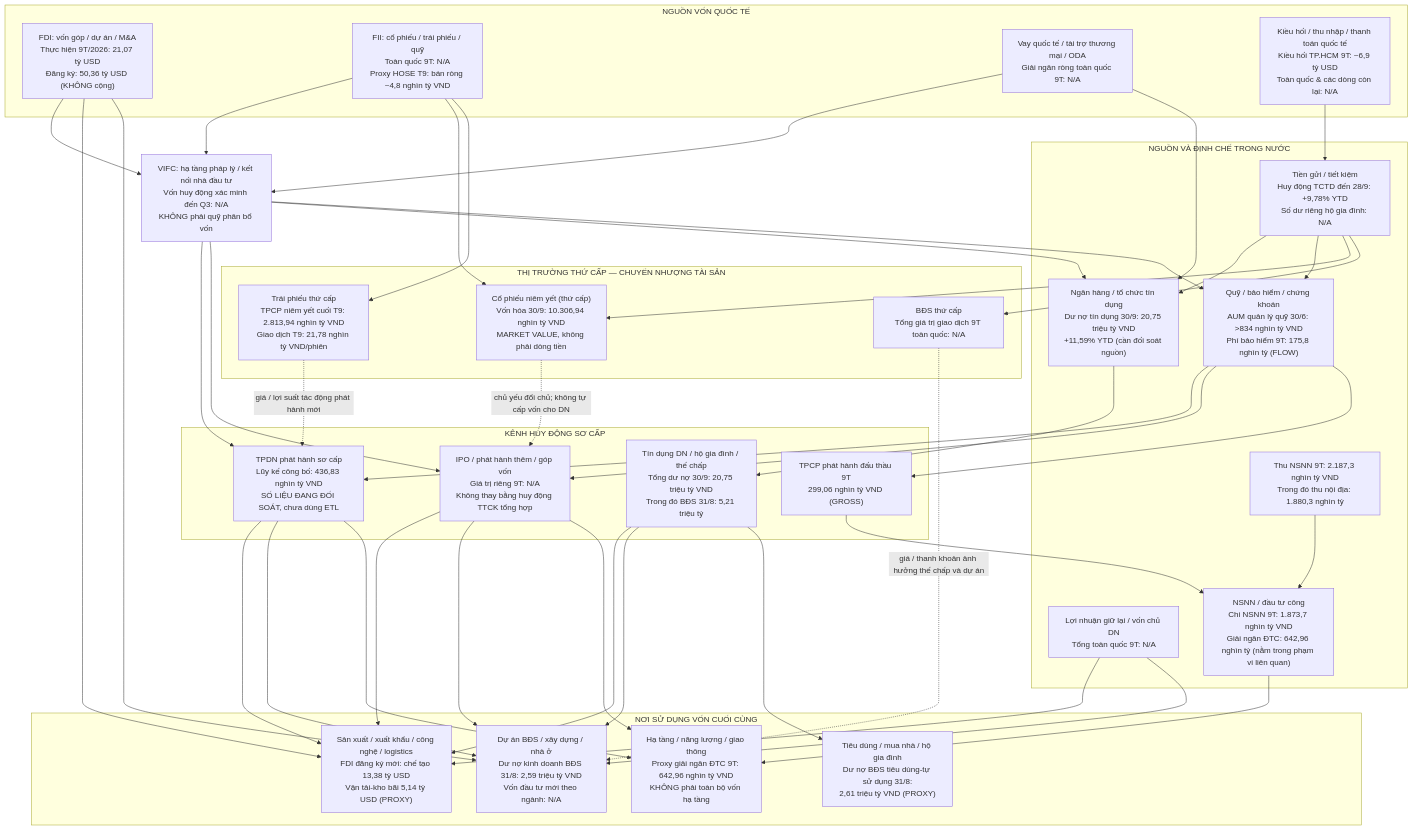
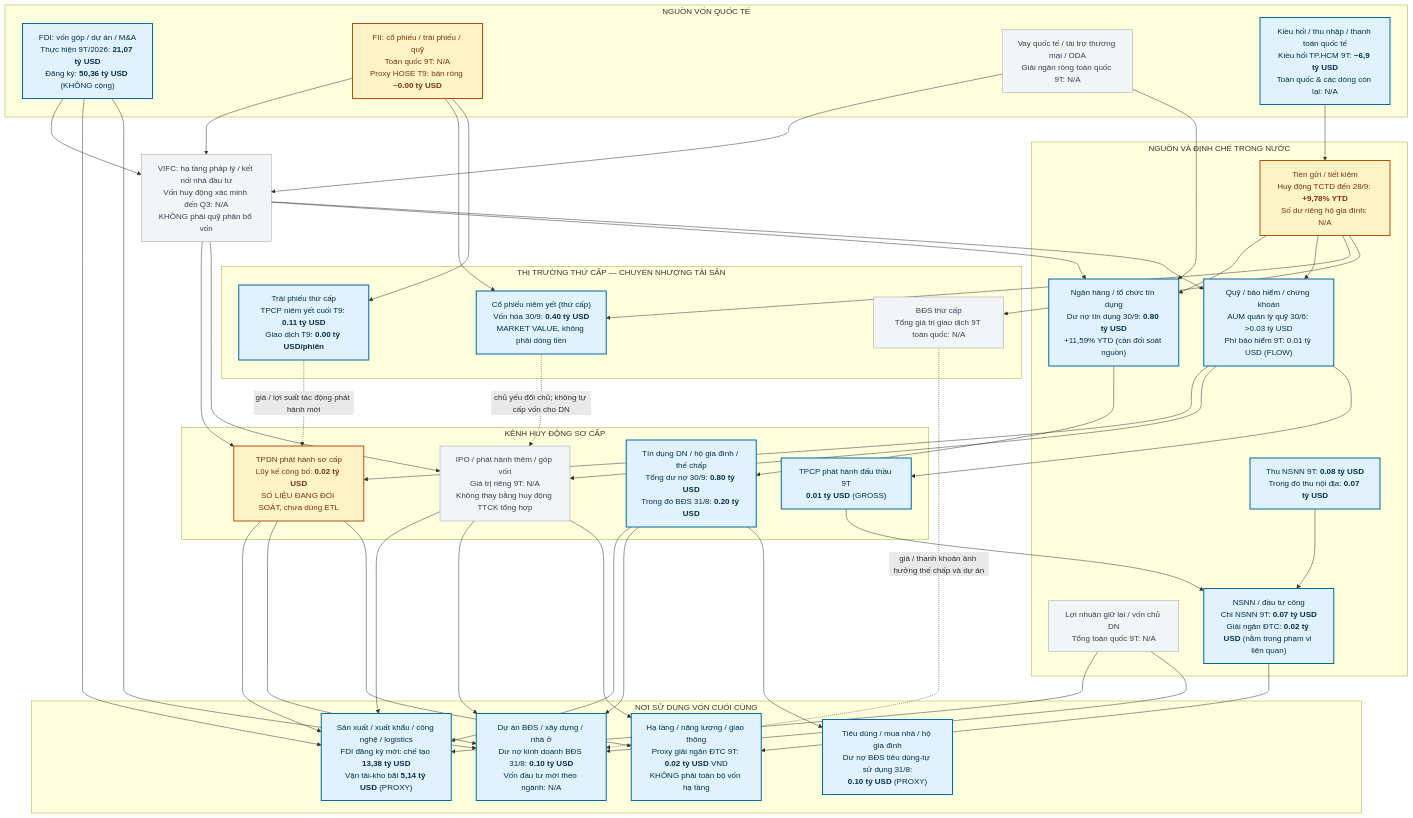
The diagram in docs/topics/Global_Vietnam_Macro/VN_CAPITAL_FLOW_MAP.md (haithanh8x/CherryStock), drawn with Mermaid before and after one commit. The commit also changed other lines of this file, not shown here.

Commit message:
docs(macro): convert capital-flow diagram figures to USD and emphasize quantified nodes

````diff
--- a/docs/topics/Global_Vietnam_Macro/VN_CAPITAL_FLOW_MAP.md
+++ b/docs/topics/Global_Vietnam_Macro/VN_CAPITAL_FLOW_MAP.md
@@ -15,73 +15,80 @@
 ```mermaid
+%% Số tiền quy đổi sang USD theo 1 USD = 25.960 VND (30/09/2026)
 flowchart TB
   subgraph G["NGUỒN VỐN QUỐC TẾ"]
-    FDI["FDI: vốn góp / dự án / M&A<br/>Thực hiện 9T/2026: 21,07 tỷ USD<br/>Đăng ký: 50,36 tỷ USD (KHÔNG cộng)"]
-    FII["FII: cổ phiếu / trái phiếu / quỹ<br/>Toàn quốc 9T: N/A<br/>Proxy HOSE T9: bán ròng ~4,8 nghìn tỷ VND"]
+    FDI["FDI: vốn góp / dự án / M&A<br/>Thực hiện 9T/2026: <b>21,07 tỷ USD</b><br/>Đăng ký: <b>50,36 tỷ USD</b> (KHÔNG cộng)"]
+    FII["FII: cổ phiếu / trái phiếu / quỹ<br/>Toàn quốc 9T: N/A<br/>Proxy HOSE T9: bán ròng <b>~0.00 tỷ USD</b>"]
     LOAN["Vay quốc tế / tài trợ thương mại / ODA<br/>Giải ngân ròng toàn quốc 9T: N/A"]
-    REMIT["Kiều hối / thu nhập / thanh toán quốc tế<br/>Kiều hối TP.HCM 9T: ~6,9 tỷ USD<br/>Toàn quốc & các dòng còn lại: N/A"]
+    REMIT["Kiều hối / thu nhập / thanh toán quốc tế<br/>Kiều hối TP.HCM 9T: <b>~6,9 tỷ USD</b><br/>Toàn quốc & các dòng còn lại: N/A"]
   end
   IFC["VIFC: hạ tầng pháp lý / kết nối nhà đầu tư<br/>Vốn huy động xác minh đến Q3: N/A<br/>KHÔNG phải quỹ phân bổ vốn"]
   subgraph D["NGUỒN VÀ ĐỊNH CHẾ TRONG NƯỚC"]
-    SAVE["Tiền gửi / tiết kiệm<br/>Huy động TCTD đến 28/9: +9,78% YTD<br/>Số dư riêng hộ gia đình: N/A"]
+    SAVE["Tiền gửi / tiết kiệm<br/>Huy động TCTD đến 28/9: <b>+9,78% YTD</b><br/>Số dư riêng hộ gia đình: N/A"]
     RETAIN["Lợi nhuận giữ lại / vốn chủ DN<br/>Tổng toàn quốc 9T: N/A"]
-    TAX["Thu NSNN 9T: 2.187,3 nghìn tỷ VND<br/>Trong đó thu nội địa: 1.880,3 nghìn tỷ"]
-    BANK["Ngân hàng / tổ chức tín dụng<br/>Dư nợ tín dụng 30/9: 20,75 triệu tỷ VND<br/>+11,59% YTD (cần đối soát nguồn)"]
-    FUNDS["Quỹ / bảo hiểm / chứng khoán<br/>AUM quản lý quỹ 30/6: >834 nghìn tỷ VND<br/>Phí bảo hiểm 9T: 175,8 nghìn tỷ (FLOW)"]
-    STATE["NSNN / đầu tư công<br/>Chi NSNN 9T: 1.873,7 nghìn tỷ VND<br/>Giải ngân ĐTC: 642,96 nghìn tỷ (nằm trong phạm vi liên quan)"]
+    TAX["Thu NSNN 9T: <b>0.08 tỷ USD</b><br/>Trong đó thu nội địa: <b>0.07 tỷ USD</b>"]
+    BANK["Ngân hàng / tổ chức tín dụng<br/>Dư nợ tín dụng 30/9: <b>0.80 tỷ USD</b><br/>+11,59% YTD (cần đối soát nguồn)"]
+    FUNDS["Quỹ / bảo hiểm / chứng khoán<br/>AUM quản lý quỹ 30/6: >0.03 tỷ USD<br/>Phí bảo hiểm 9T: 0.01 tỷ USD (FLOW)"]
+    STATE["NSNN / đầu tư công<br/>Chi NSNN 9T: <b>0.07 tỷ USD</b><br/>Giải ngân ĐTC: <b>0.02 tỷ USD</b> (nằm trong phạm vi liên quan)"]
   end
   subgraph P["KÊNH HUY ĐỘNG SƠ CẤP"]
-    CREDIT["Tín dụng DN / hộ gia đình / thế chấp<br/>Tổng dư nợ 30/9: 20,75 triệu tỷ VND<br/>Trong đó BĐS 31/8: 5,21 triệu tỷ"]
-    BOND["TPDN phát hành sơ cấp<br/>Lũy kế công bố: 436,83 nghìn tỷ VND<br/>SỐ LIỆU ĐANG ĐỐI SOÁT, chưa dùng ETL"]
+    CREDIT["Tín dụng DN / hộ gia đình / thế chấp<br/>Tổng dư nợ 30/9: <b>0.80 tỷ USD</b><br/>Trong đó BĐS 31/8: <b>0.20 tỷ USD</b>"]
+    BOND["TPDN phát hành sơ cấp<br/>Lũy kế công bố: <b>0.02 tỷ USD</b><br/>SỐ LIỆU ĐANG ĐỐI SOÁT, chưa dùng ETL"]
     EQUITY["IPO / phát hành thêm / góp vốn<br/>Giá trị riêng 9T: N/A<br/>Không thay bằng huy động TTCK tổng hợp"]
-    GOVB["TPCP phát hành đấu thầu 9T<br/>299,06 nghìn tỷ VND (GROSS)"]
+    GOVB["TPCP phát hành đấu thầu 9T<br/><b>0.01 tỷ USD</b> (GROSS)"]
   end
   subgraph U["NƠI SỬ DỤNG VỐN CUỐI CÙNG"]
-    PROD["Sản xuất / xuất khẩu / công nghệ / logistics<br/>FDI đăng ký mới: chế tạo 13,38 tỷ USD<br/>Vận tải-kho bãi 5,14 tỷ USD (PROXY)"]
-    RE["Dự án BĐS / xây dựng / nhà ở<br/>Dư nợ kinh doanh BĐS 31/8: 2,59 triệu tỷ VND<br/>Vốn đầu tư mới theo ngành: N/A"]
-    INFRA["Hạ tầng / năng lượng / giao thông<br/>Proxy giải ngân ĐTC 9T: 642,96 nghìn tỷ VND<br/>KHÔNG phải toàn bộ vốn hạ tầng"]
-    HOUSE["Tiêu dùng / mua nhà / hộ gia đình<br/>Dư nợ BĐS tiêu dùng-tự sử dụng 31/8:<br/>2,61 triệu tỷ VND (PROXY)"]
+    PROD["Sản xuất / xuất khẩu / công nghệ / logistics<br/>FDI đăng ký mới: chế tạo <b>13,38 tỷ USD</b><br/>Vận tải-kho bãi <b>5,14 tỷ USD</b> (PROXY)"]
+    RE["Dự án BĐS / xây dựng / nhà ở<br/>Dư nợ kinh doanh BĐS 31/8: <b>0.10 tỷ USD</b><br/>Vốn đầu tư mới theo ngành: N/A"]
+    INFRA["Hạ tầng / năng lượng / giao thông<br/>Proxy giải ngân ĐTC 9T: <b>0.02 tỷ USD</b> VND<br/>KHÔNG phải toàn bộ vốn hạ tầng"]
+    HOUSE["Tiêu dùng / mua nhà / hộ gia đình<br/>Dư nợ BĐS tiêu dùng-tự sử dụng 31/8:<br/><b>0.10 tỷ USD</b> (PROXY)"]
   end
   subgraph S["THỊ TRƯỜNG THỨ CẤP — CHUYỂN NHƯỢNG TÀI SẢN"]
-    STOCK["Cổ phiếu niêm yết (thứ cấp)<br/>Vốn hóa 30/9: 10.306,94 nghìn tỷ VND<br/>MARKET VALUE, không phải dòng tiền"]
-    TBOND["Trái phiếu thứ cấp<br/>TPCP niêm yết cuối T9: 2.813,94 nghìn tỷ VND<br/>Giao dịch T9: 21,78 nghìn tỷ VND/phiên"]
+    STOCK["Cổ phiếu niêm yết (thứ cấp)<br/>Vốn hóa 30/9: <b>0.40 tỷ USD</b><br/>MARKET VALUE, không phải dòng tiền"]
+    TBOND["Trái phiếu thứ cấp<br/>TPCP niêm yết cuối T9: <b>0.11 tỷ USD</b><br/>Giao dịch T9: <b>0.00 tỷ USD/phiên</b>"]
     PROP["BĐS thứ cấp<br/>Tổng giá trị giao dịch 9T toàn quốc: N/A"]
   end
   FDI --> IFC
   FII --> IFC
   LOAN --> IFC
   IFC --> BANK
   IFC --> FUNDS
   IFC --> BOND
   IFC --> EQUITY
   FDI --> PROD
   FDI --> RE
   LOAN --> BANK
   REMIT --> SAVE
   SAVE --> BANK
   SAVE --> FUNDS
   RETAIN --> PROD
   RETAIN --> RE
   TAX --> STATE
   BANK --> CREDIT
   FUNDS --> BOND
   FUNDS --> EQUITY
   FUNDS --> GOVB
   STATE --> INFRA
   GOVB --> STATE
   CREDIT --> PROD
   CREDIT --> RE
   CREDIT --> HOUSE
   BOND --> PROD
   BOND --> RE
   BOND --> INFRA
   EQUITY --> PROD
   EQUITY --> RE
   EQUITY --> INFRA
   FII --> STOCK
   FII --> TBOND
   SAVE --> STOCK
   SAVE --> PROP
   STOCK -. "chủ yếu đổi chủ; không tự cấp vốn cho DN" .-> EQUITY
   TBOND -. "giá / lợi suất tác động phát hành mới" .-> BOND
   PROP -. "giá / thanh khoản ảnh hưởng thế chấp và dự án" .-> RE
+  classDef quantified fill:#e0f2fe,stroke:#0369a1,stroke-width:2px,color:#082f49
+  classDef partial fill:#fef3c7,stroke:#b45309,stroke-width:2px,color:#78350f
+  classDef missing fill:#f3f4f6,stroke:#9ca3af,stroke-width:1px,color:#374151
+  class FDI,REMIT,TAX,BANK,FUNDS,STATE,CREDIT,GOVB,PROD,RE,INFRA,HOUSE,STOCK,TBOND quantified
+  class FII,SAVE,BOND partial
+  class LOAN,IFC,RETAIN,EQUITY,PROP missing
 ```
````
